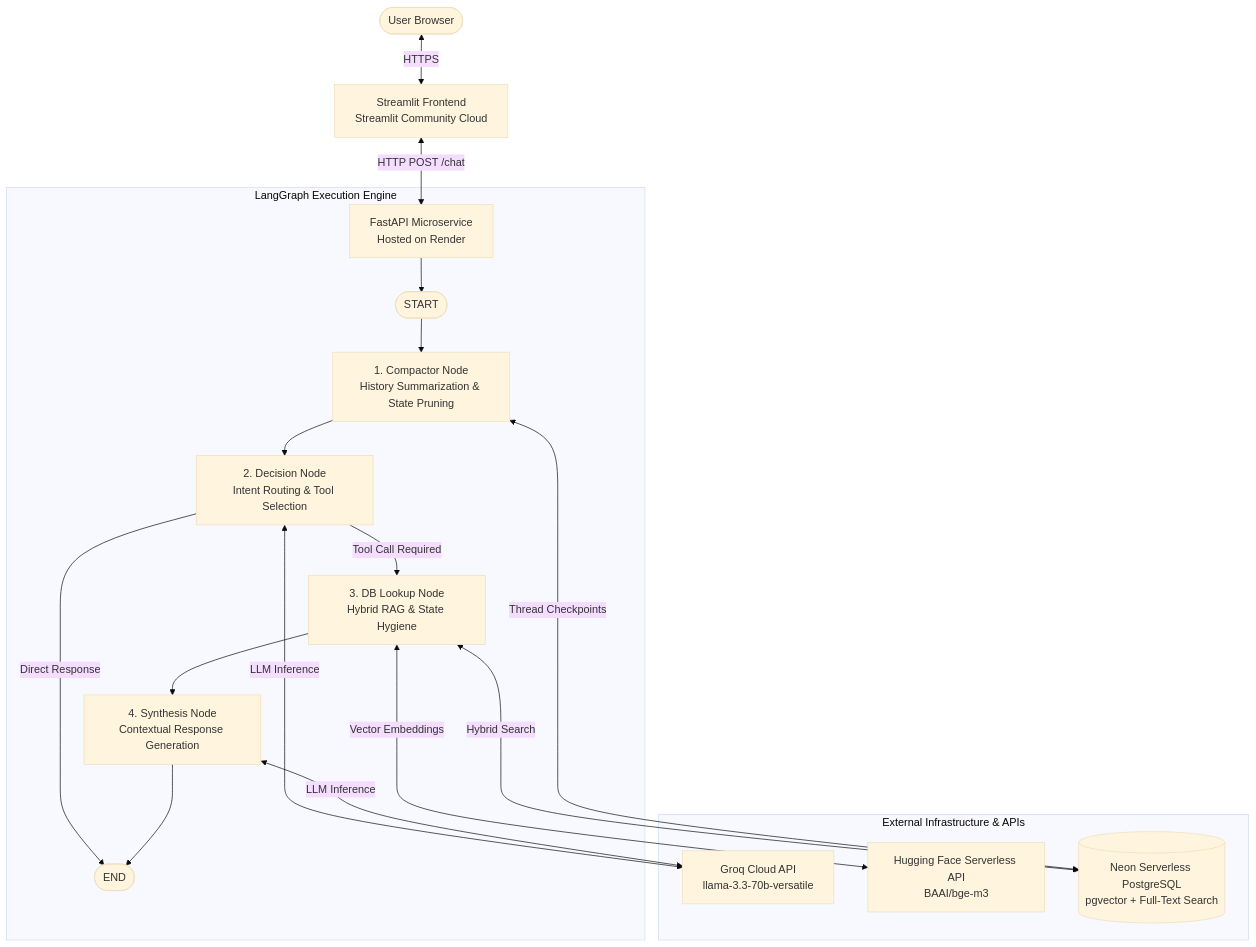
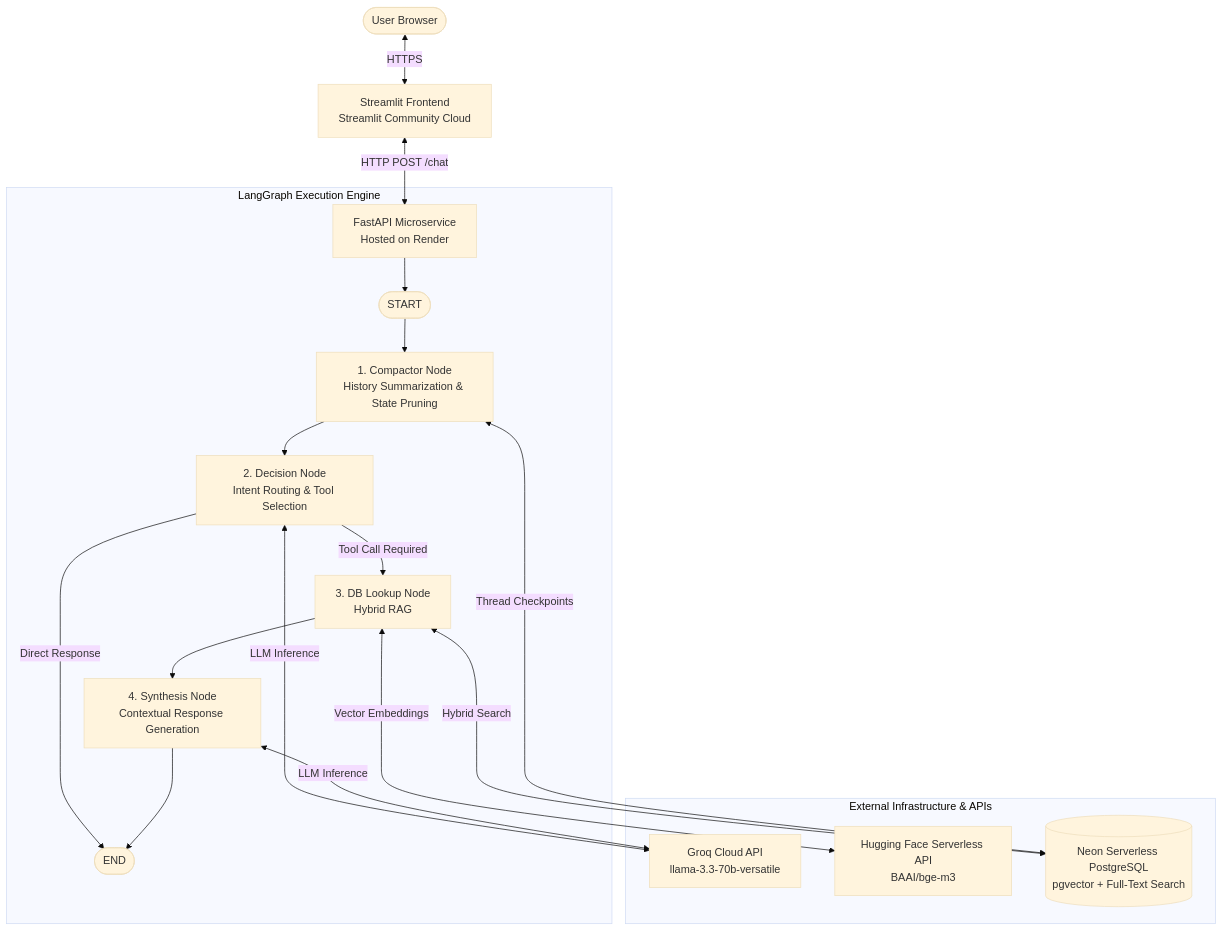
The diagram in README.md (shwetaneginhal/spezi-ai-agent), drawn with Mermaid (base theme) before and after one commit. The commit also changed other lines of this file, not shown here.

````diff
--- a/README.md
+++ b/README.md
@@ -20,25 +20,25 @@
 ```mermaid
 graph TD
     User([User Browser]) <-->|HTTPS| Frontend[Streamlit Frontend<br/>Streamlit Community Cloud]
     Frontend <-->|HTTP POST /chat| Backend[FastAPI Microservice<br/>Hosted on Render]
 
     subgraph LangGraph Execution Engine
         Backend --> START([START])
         START --> Compactor[1. Compactor Node<br/>History Summarization & State Pruning]
         Compactor --> Decision[2. Decision Node<br/>Intent Routing & Tool Selection]
         
-        Decision -->|Tool Call Required| DBLookup[3. DB Lookup Node<br/>Hybrid RAG & State Hygiene]
+        Decision -->|Tool Call Required| DBLookup[3. DB Lookup Node<br/>Hybrid RAG]
         Decision -->|Direct Response| END([END])
         
         DBLookup --> Synthesis[4. Synthesis Node<br/>Contextual Response Generation]
         Synthesis --> END
     end
 
     subgraph External Infrastructure & APIs
         Decision <-->|LLM Inference| Groq[Groq Cloud API<br/>llama-3.3-70b-versatile]
         Synthesis <-->|LLM Inference| Groq
         DBLookup <-->|Vector Embeddings| HF[Hugging Face Serverless API<br/>BAAI/bge-m3]
         DBLookup <-->|Hybrid Search| NeonDB[(Neon Serverless PostgreSQL<br/>pgvector + Full-Text Search)]
         Compactor <-->|Thread Checkpoints| NeonDB
     end
 ```
````
